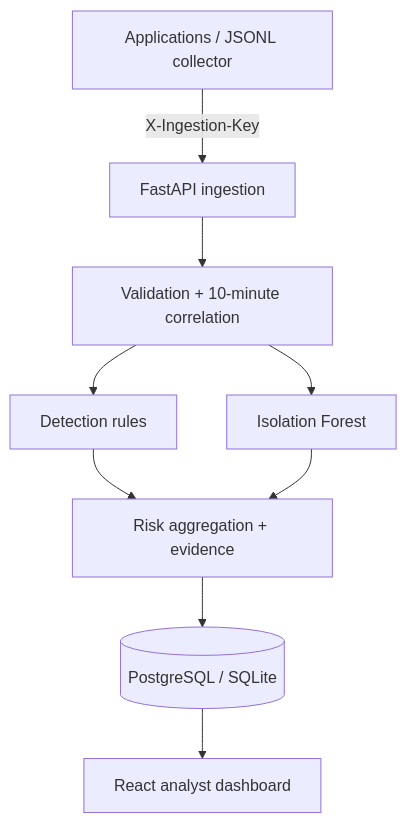
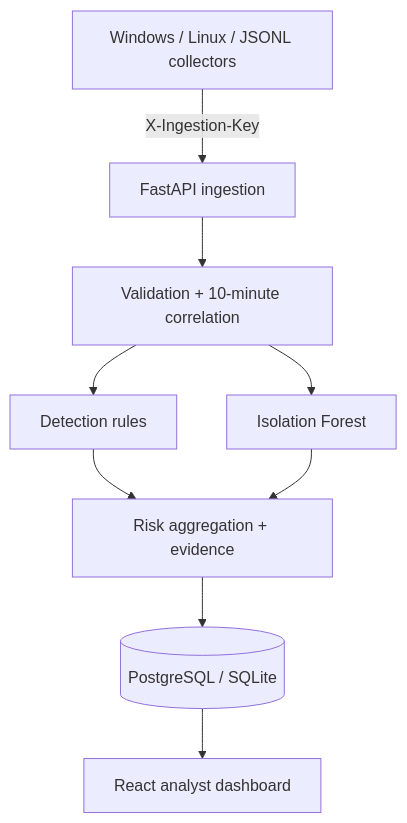
The diagram in README.md (bbmuti/-intelligent-security-monitoring), drawn with Mermaid before and after one commit. The commit also changed other lines of this file and 21 other files, not shown here.

````diff
--- a/README.md
+++ b/README.md
@@ -39,11 +40,11 @@
 ```mermaid
 flowchart TD
-    A["Applications / JSONL collector"] -->|"X-Ingestion-Key"| B["FastAPI ingestion"]
+    A["Windows / Linux / JSONL collectors"] -->|"X-Ingestion-Key"| B["FastAPI ingestion"]
     B --> C["Validation + 10-minute correlation"]
     C --> D["Detection rules"]
     C --> E["Isolation Forest"]
     D --> F["Risk aggregation + evidence"]
     E --> F
     F --> G[("PostgreSQL / SQLite")]
     G --> H["React analyst dashboard"]
 ```
````
